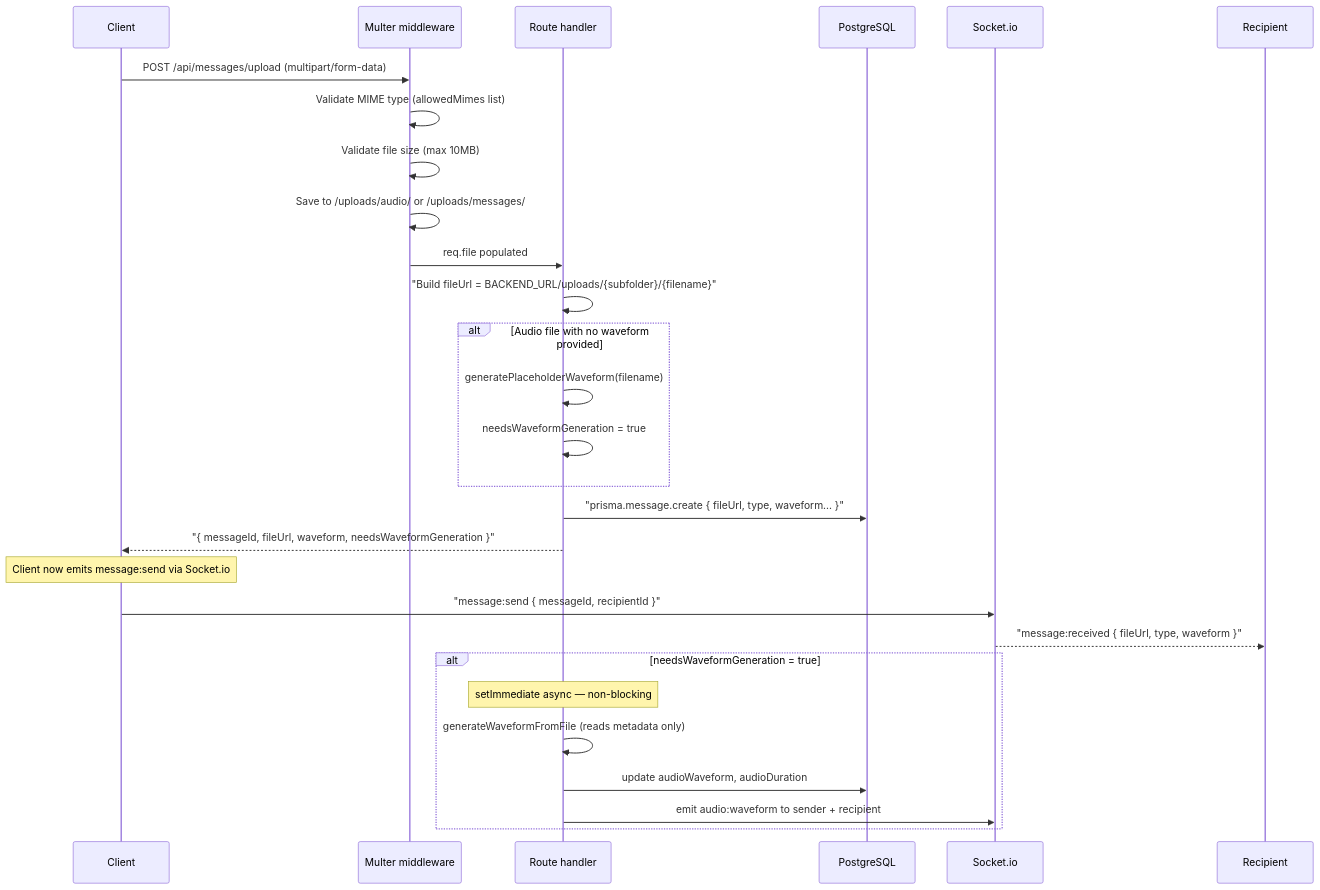
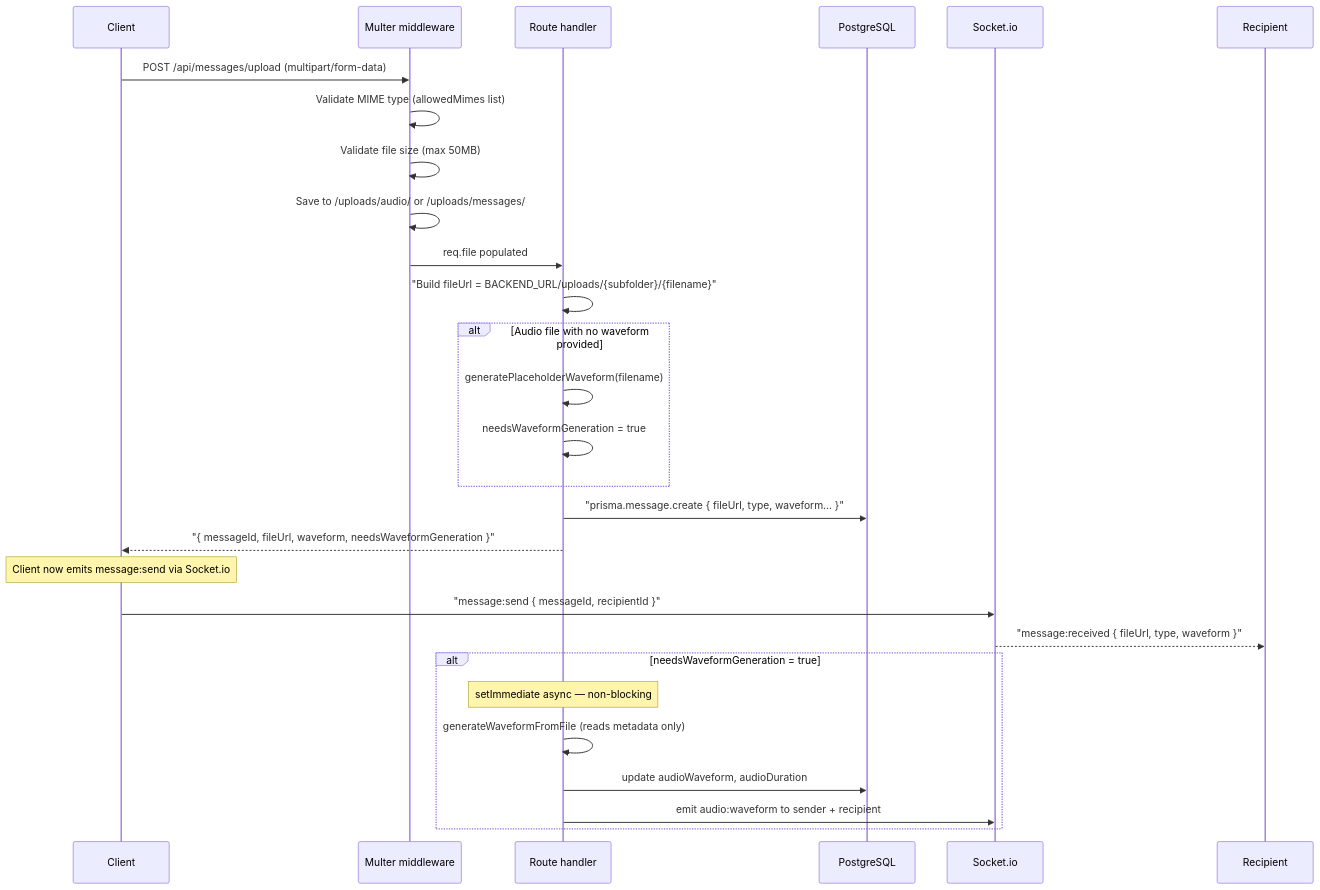
Before and after one commit to neofuture/chatr: the first of 2 diagrams in Documentation/Backend/FILE_UPLOAD.md, drawn with Mermaid. The commit also changed other lines of this file and 13 other files, not shown here.

````diff
--- a/Documentation/Backend/FILE_UPLOAD.md
+++ b/Documentation/Backend/FILE_UPLOAD.md
@@ -11,31 +11,31 @@
 ```mermaid
 sequenceDiagram
     participant C as Client
     participant M as Multer middleware
     participant R as Route handler
     participant DB as PostgreSQL
     participant WS as Socket.io
     participant RCP as Recipient
 
     C->>M: POST /api/messages/upload (multipart/form-data)
     M->>M: Validate MIME type (allowedMimes list)
-    M->>M: Validate file size (max 10MB)
+    M->>M: Validate file size (max 50MB)
     M->>M: Save to /uploads/audio/ or /uploads/messages/
     M->>R: req.file populated
     R->>R: "Build fileUrl = BACKEND_URL/uploads/{subfolder}/{filename}"
     alt Audio file with no waveform provided
         R->>R: generatePlaceholderWaveform(filename)
         R->>R: needsWaveformGeneration = true
     end
     R->>DB: "prisma.message.create { fileUrl, type, waveform... }"
     R-->>C: "{ messageId, fileUrl, waveform, needsWaveformGeneration }"
     Note over C: Client now emits message:send via Socket.io
     C->>WS: "message:send { messageId, recipientId }"
     WS-->>RCP: "message:received { fileUrl, type, waveform }"
     alt needsWaveformGeneration = true
         Note over R: setImmediate async — non-blocking
         R->>R: generateWaveformFromFile (reads metadata only)
         R->>DB: update audioWaveform, audioDuration
         R->>WS: emit audio:waveform to sender + recipient
     end
 ```
````
